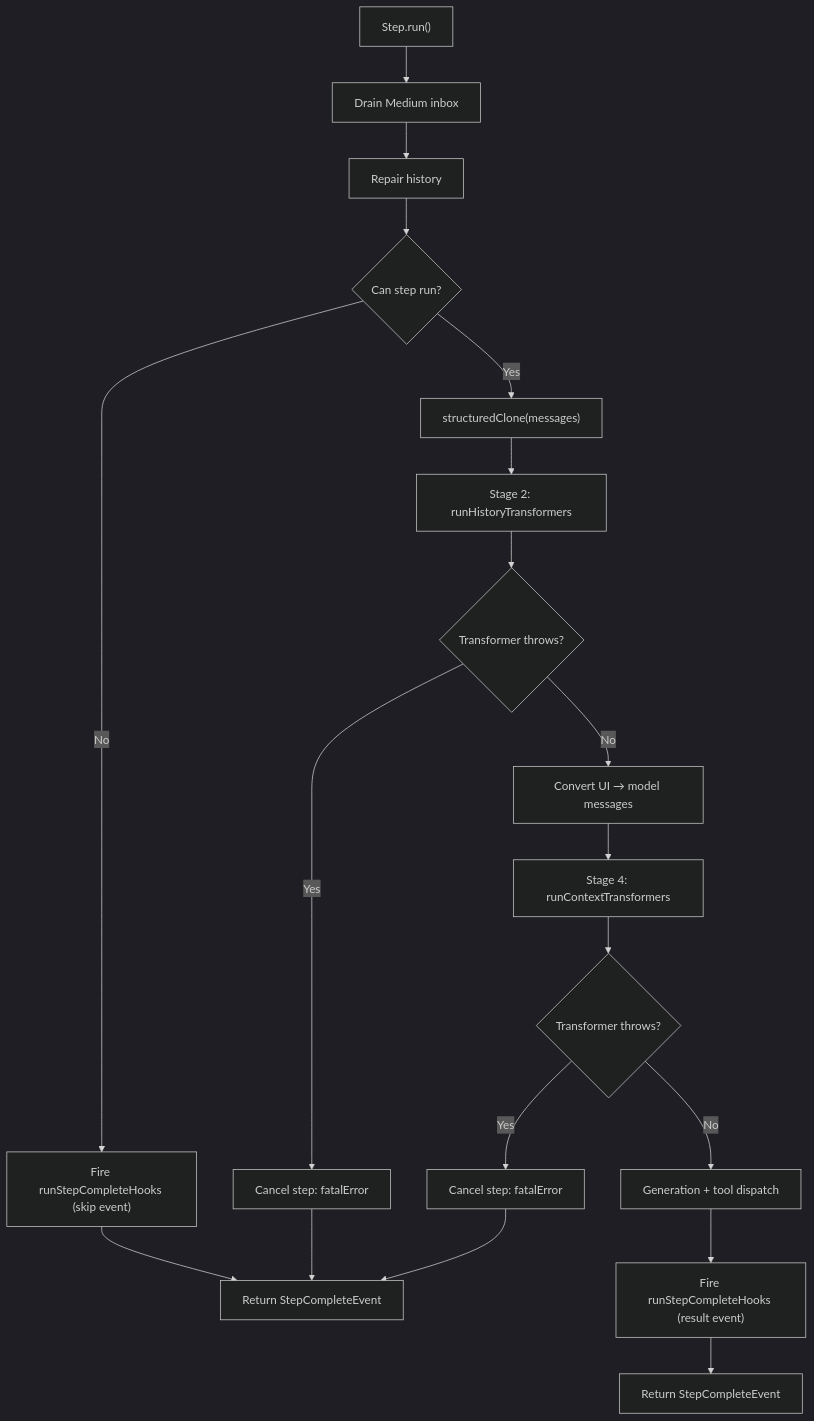
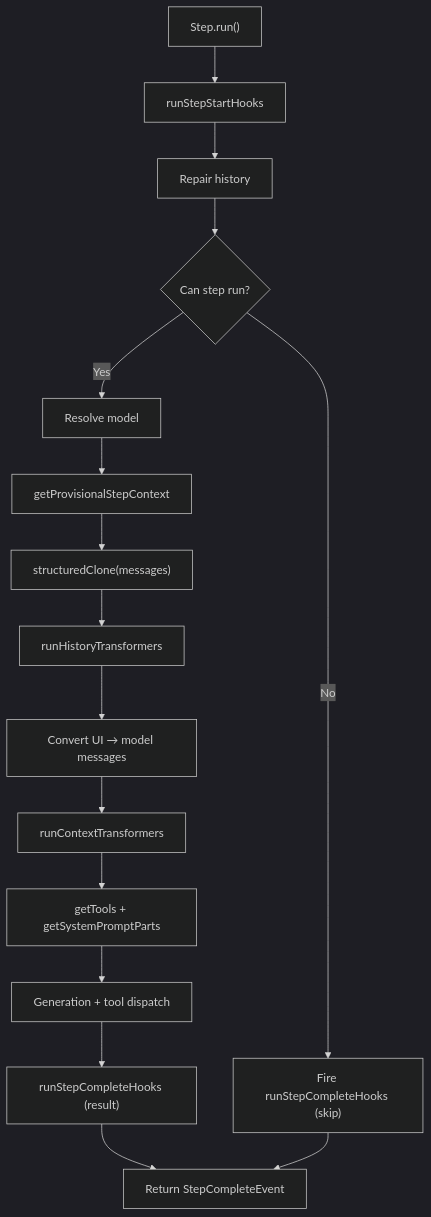
One commit to stagewise-io/klex changed the second of 2 diagrams in apps/klex/src/session/chat/extensions/context-compaction/architecture.md. Above: the diagram before and after it, drawn with Mermaid (dark theme). The commit also changed other lines of this file and 14 other files, not shown here.

First line of the commit message:
fix(klex): cap timeout configs, simplify architecture docs, and harden memory extension

````diff
--- a/apps/klex/src/session/chat/extensions/context-compaction/architecture.md
+++ b/apps/klex/src/session/chat/extensions/context-compaction/architecture.md
@@ -272,21 +120,18 @@
 ```mermaid
 flowchart TD
-  StepStart["Step.run()"] --> InboxDrain["Drain Medium inbox"]
-  InboxDrain --> Repair["Repair history"]
+  StepStart["Step.run()"] --> StartHooks["runStepStartHooks"]
+  StartHooks --> Repair["Repair history"]
   Repair --> Decision{"Can step run?"}
-  Decision -->|No| SkipCancel["Fire runStepCompleteHooks (skip event)"]
-  SkipCancel --> StepEnd["Return StepCompleteEvent"]
-  Decision -->|Yes| Copy["structuredClone(messages)"]
-  Copy --> Stage2["Stage 2: runHistoryTransformers"]
-  Stage2 --> CheckPre{"Transformer throws?"}
-  CheckPre -->|Yes| CancelPre["Cancel step: fatalError"]
-  CheckPre -->|No| Convert["Convert UI → model messages"]
-  Convert --> Stage4["Stage 4: runContextTransformers"]
-  Stage4 --> CheckPost{"Transformer throws?"}
-  CheckPost -->|Yes| CancelPost["Cancel step: fatalError"]
-  CheckPost -->|No| GenRun["Generation + tool dispatch"]
-  GenRun --> StageHooks["Fire runStepCompleteHooks (result event)"]
-  StageHooks --> StepEnd2["Return StepCompleteEvent"]
-  CancelPre --> StepEnd
-  CancelPost --> StepEnd
+  Decision -->|No| SkipCancel["Fire runStepCompleteHooks (skip)"]
+  Decision -->|Yes| ModelRes["Resolve model"]
+  ModelRes --> ProvCtx["getProvisionalStepContext"]
+  ProvCtx --> Copy["structuredClone(messages)"]
+  Copy --> Stage2["runHistoryTransformers"]
+  Stage2 --> Convert["Convert UI → model messages"]
+  Convert --> Stage4["runContextTransformers"]
+  Stage4 --> GenPrep["getTools + getSystemPromptParts"]
+  GenPrep --> GenRun["Generation + tool dispatch"]
+  GenRun --> StageHooks["runStepCompleteHooks (result)"]
+  StageHooks --> StepEnd["Return StepCompleteEvent"]
+  SkipCancel --> StepEnd
 ```
````
